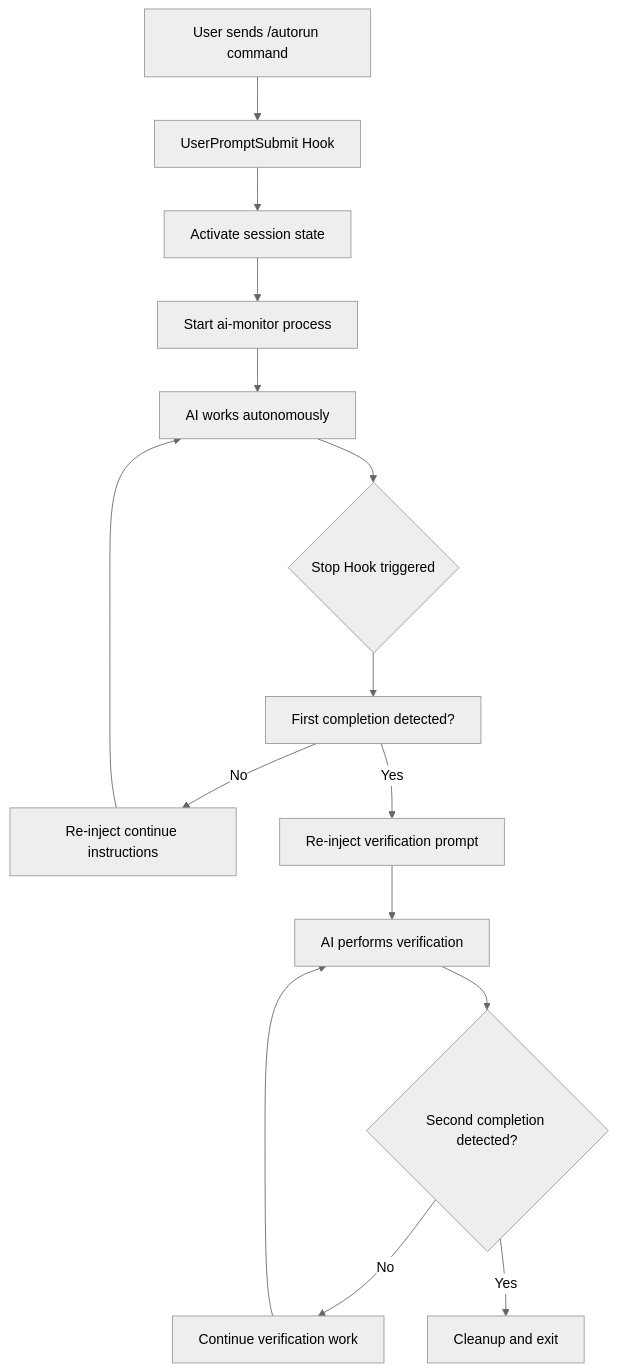
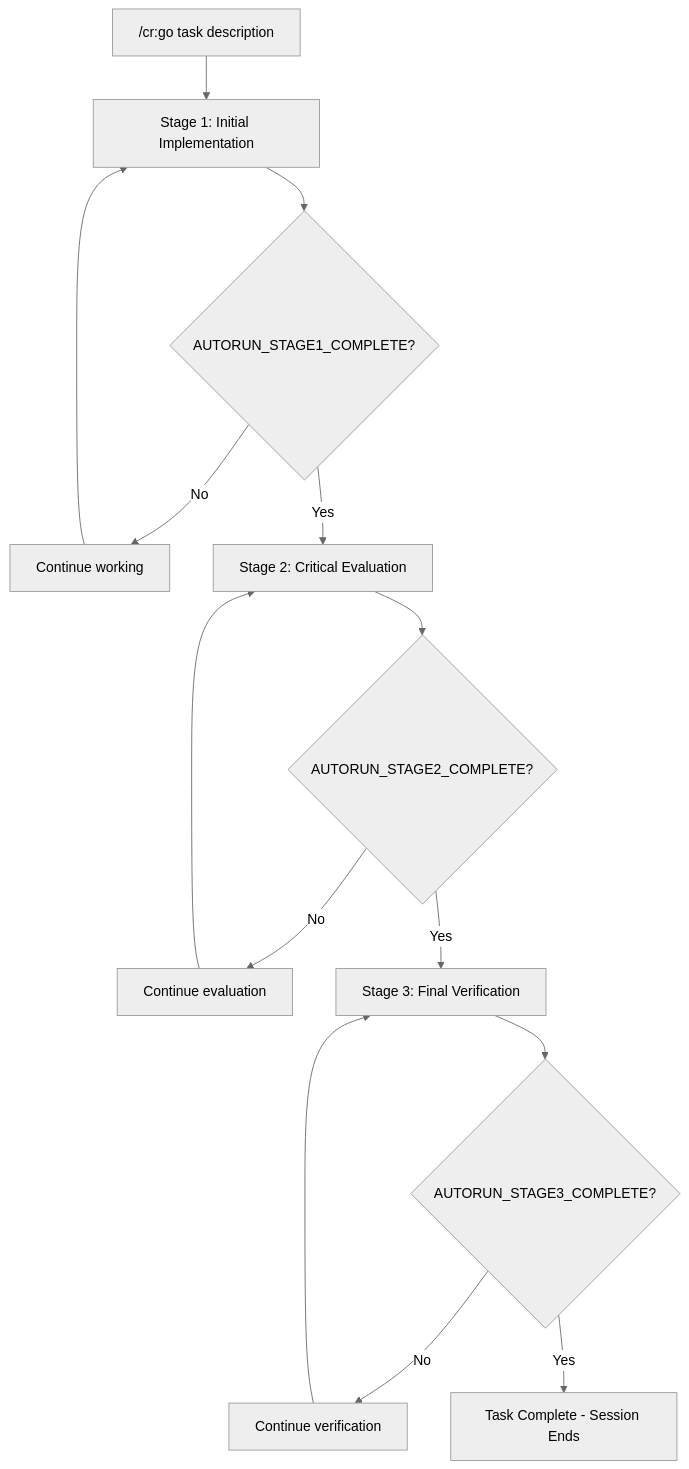
Before and after one commit to ahundt/autorun: the second of 2 diagrams in README.md, drawn with Mermaid (neutral theme). The commit also changed other lines of this file, not shown here.

````diff
--- a/README.md
+++ b/README.md
@@ -315,17 +361,16 @@
 ```mermaid
 graph TD
-    A[User sends /autorun command] --> B[UserPromptSubmit Hook]
-    B --> C[Activate session state]
-    C --> D[Start ai-monitor process]
-    D --> E[AI works autonomously]
-    E --> F{Stop Hook triggered}
-    F --> G[First completion detected?]
-    G -->|No| H[Re-inject continue instructions]
-    H --> E
-    G -->|Yes| I[Re-inject verification prompt]
-    I --> J[AI performs verification]
-    J --> K{Second completion detected?}
-    K -->|No| L[Continue verification work]
-    L --> J
-    K -->|Yes| M[Cleanup and exit]
+    A["/cr:go task description"] --> B[Stage 1: Initial Implementation]
+    B --> C{AUTORUN_STAGE1_COMPLETE?}
+    C -->|No| D[Continue working]
+    D --> B
+    C -->|Yes| E[Stage 2: Critical Evaluation]
+    E --> F{AUTORUN_STAGE2_COMPLETE?}
+    F -->|No| G[Continue evaluation]
+    G --> E
+    F -->|Yes| H[Stage 3: Final Verification]
+    H --> I{AUTORUN_STAGE3_COMPLETE?}
+    I -->|No| J[Continue verification]
+    J --> H
+    I -->|Yes| K[Task Complete - Session Ends]
 ```
````
